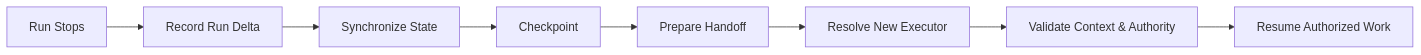
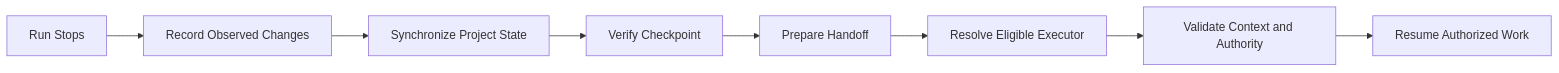
One commit to donghp/beyond-vibe-coding changed the fifth of 5 diagrams in docs/architecture.md. Above: the diagram before and after it, drawn with Mermaid. The commit also changed other lines of this file, not shown here.

First line of the commit message:
Revise architecture document for clarity and updates

````diff
--- a/docs/architecture.md
+++ b/docs/architecture.md
@@ -202,10 +292,10 @@
 ```mermaid
 flowchart LR
-    A["Run Stops"] --> B["Record Run Delta"]
-    B --> C["Synchronize State"]
-    C --> D["Checkpoint"]
+    A["Run Stops"] --> B["Record Observed Changes"]
+    B --> C["Synchronize Project State"]
+    C --> D["Verify Checkpoint"]
     D --> E["Prepare Handoff"]
-    E --> F["Resolve New Executor"]
-    F --> G["Validate Context & Authority"]
+    E --> F["Resolve Eligible Executor"]
+    F --> G["Validate Context and Authority"]
     G --> H["Resume Authorized Work"]
 ```
````
